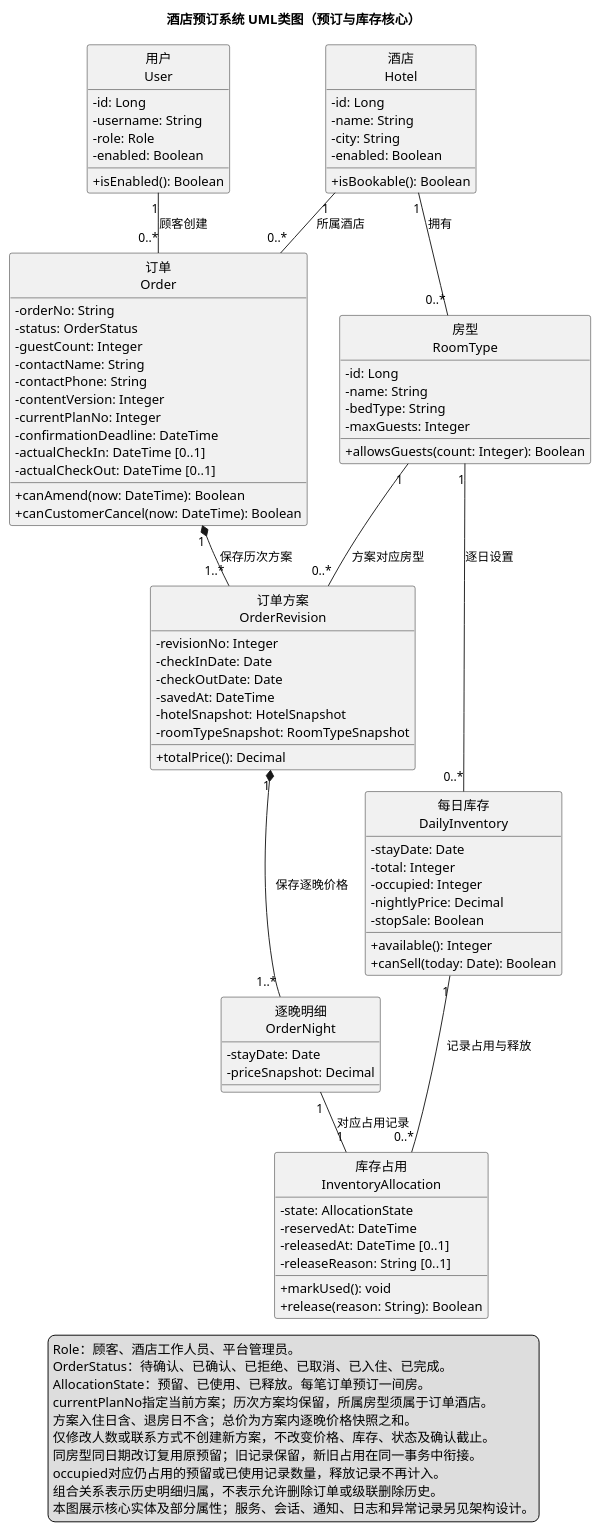
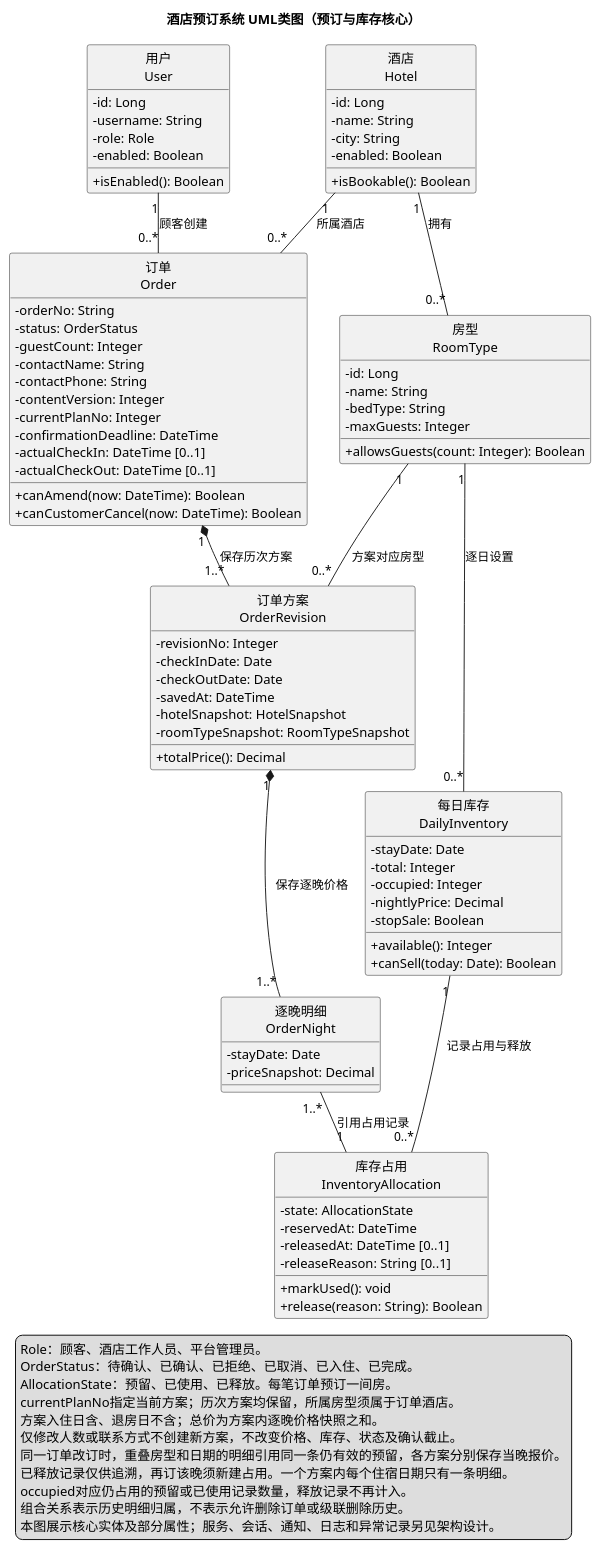
Before and after one commit to guyuezheng18-cell/-hotel-booking-labs: the diagram in 实验二/UML/UML类图.puml, drawn with PlantUML. The commit also changed 30 other files, not shown here.

Commit message:
按学生采纳的四项审阅意见修订需求、UML 与界面

```diff
--- a/实验二/UML/UML类图.puml
+++ b/实验二/UML/UML类图.puml
@@ -1,106 +1,107 @@
 @startuml
 title 酒店预订系统 UML类图（预订与库存核心）
 top to bottom direction
 hide circle
 skinparam shadowing false
 skinparam defaultFontName Microsoft YaHei
 skinparam classAttributeIconSize 0
 skinparam nodesep 35
 skinparam ranksep 45
 
 class "用户\nUser" as User {
   - id: Long
   - username: String
   - role: Role
   - enabled: Boolean
   + isEnabled(): Boolean
 }
 
 class "酒店\nHotel" as Hotel {
   - id: Long
   - name: String
   - city: String
   - enabled: Boolean
   + isBookable(): Boolean
 }
 
 class "房型\nRoomType" as RoomType {
   - id: Long
   - name: String
   - bedType: String
   - maxGuests: Integer
   + allowsGuests(count: Integer): Boolean
 }
 
 class "每日库存\nDailyInventory" as DailyInventory {
   - stayDate: Date
   - total: Integer
   - occupied: Integer
   - nightlyPrice: Decimal
   - stopSale: Boolean
   + available(): Integer
   + canSell(today: Date): Boolean
 }
 
 class "订单\nOrder" as Order {
   - orderNo: String
   - status: OrderStatus
   - guestCount: Integer
   - contactName: String
   - contactPhone: String
   - contentVersion: Integer
   - currentPlanNo: Integer
   - confirmationDeadline: DateTime
   - actualCheckIn: DateTime [0..1]
   - actualCheckOut: DateTime [0..1]
   + canAmend(now: DateTime): Boolean
   + canCustomerCancel(now: DateTime): Boolean
 }
 
 class "订单方案\nOrderRevision" as OrderRevision {
   - revisionNo: Integer
   - checkInDate: Date
   - checkOutDate: Date
   - savedAt: DateTime
   - hotelSnapshot: HotelSnapshot
   - roomTypeSnapshot: RoomTypeSnapshot
   + totalPrice(): Decimal
 }
 
 class "逐晚明细\nOrderNight" as OrderNight {
   - stayDate: Date
   - priceSnapshot: Decimal
 }
 
 class "库存占用\nInventoryAllocation" as Allocation {
   - state: AllocationState
   - reservedAt: DateTime
   - releasedAt: DateTime [0..1]
   - releaseReason: String [0..1]
   + markUsed(): void
   + release(reason: String): Boolean
 }
 
 Hotel "1" -- "0..*" RoomType : 拥有
 RoomType "1" -- "0..*" DailyInventory : 逐日设置
 User "1" -- "0..*" Order : 顾客创建
 Hotel "1" -- "0..*" Order : 所属酒店
 Order "1" *-- "1..*" OrderRevision : 保存历次方案
 RoomType "1" -- "0..*" OrderRevision : 方案对应房型
 OrderRevision "1" *-- "1..*" OrderNight : 保存逐晚价格
-OrderNight "1" -- "1" Allocation : 对应占用记录
+OrderNight "1..*" -- "1" Allocation : 引用占用记录
 DailyInventory "1" -- "0..*" Allocation : 记录占用与释放
 
 legend bottom
   Role：顾客、酒店工作人员、平台管理员。
   OrderStatus：待确认、已确认、已拒绝、已取消、已入住、已完成。
   AllocationState：预留、已使用、已释放。每笔订单预订一间房。
   currentPlanNo指定当前方案；历次方案均保留，所属房型须属于订单酒店。
   方案入住日含、退房日不含；总价为方案内逐晚价格快照之和。
   仅修改人数或联系方式不创建新方案，不改变价格、库存、状态及确认截止。
-  同房型同日期改订复用原预留；旧记录保留，新旧占用在同一事务中衔接。
+  同一订单改订时，重叠房型和日期的明细引用同一条仍有效的预留，各方案分别保存当晚报价。
+  已释放记录仅供追溯，再订该晚须新建占用。一个方案内每个住宿日期只有一条明细。
   occupied对应仍占用的预留或已使用记录数量，释放记录不再计入。
   组合关系表示历史明细归属，不表示允许删除订单或级联删除历史。
   本图展示核心实体及部分属性；服务、会话、通知、日志和异常记录另见架构设计。
 endlegend
 @enduml
```
